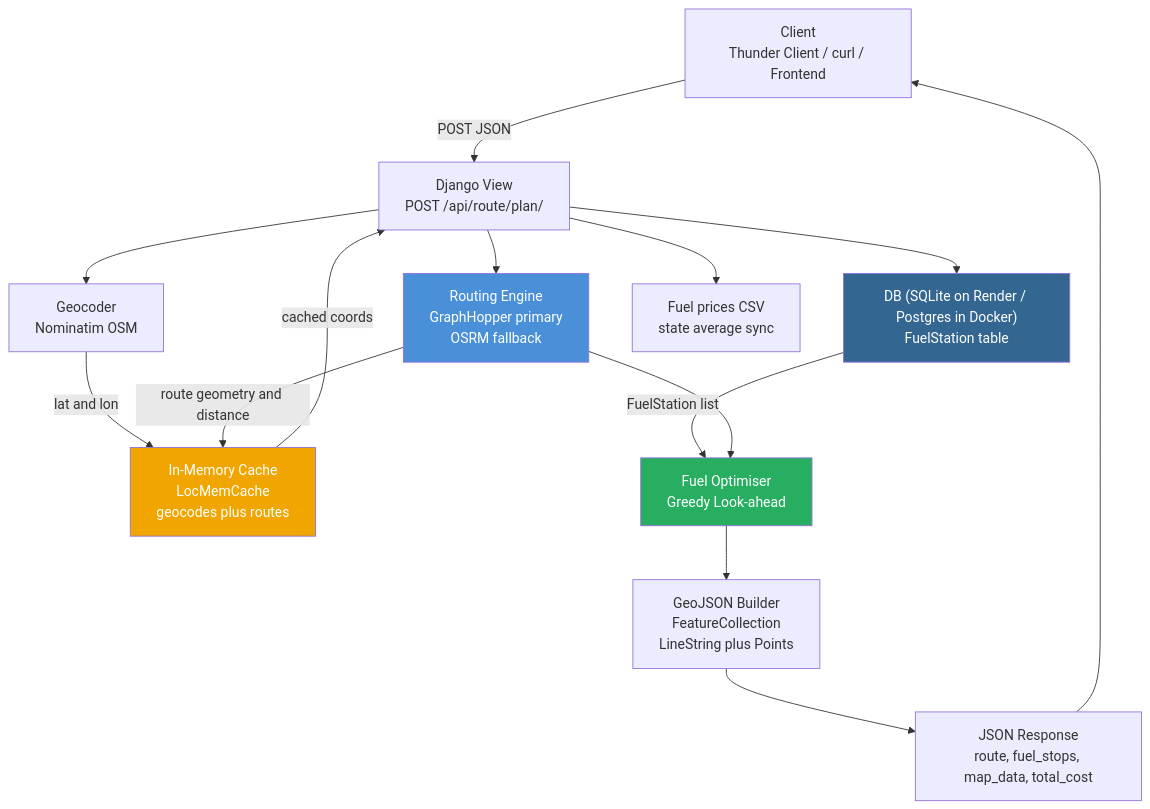
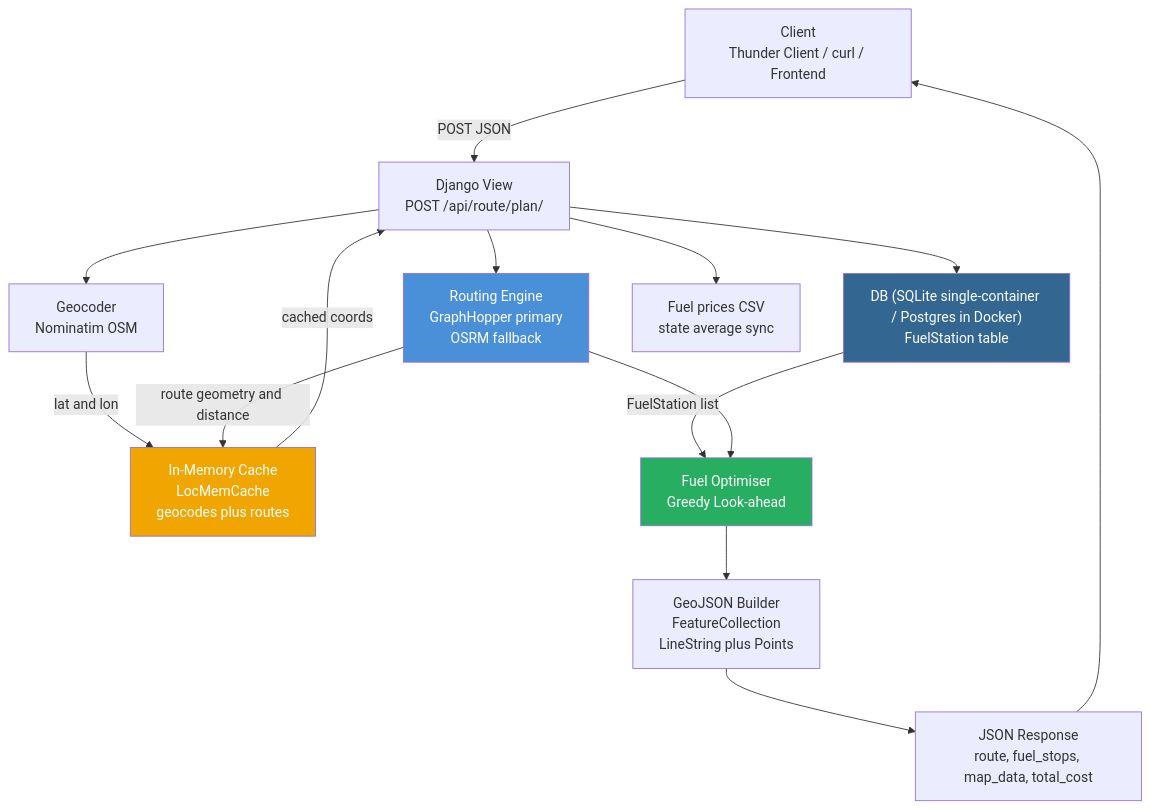
The first of 4 diagrams in README.md (Kira714/django-api), drawn with Mermaid before and after one commit. The commit also changed other lines of this file, not shown here.

````diff
--- a/README.md
+++ b/README.md
@@ -41,32 +44,32 @@
 ```mermaid
 graph TD
     Client["Client\nThunder Client / curl / Frontend"]
     View["Django View\nPOST /api/route/plan/"]
     Geocoder["Geocoder\nNominatim OSM"]
     Router["Routing Engine\nGraphHopper primary\nOSRM fallback"]
-    DB["DB (SQLite on Render / Postgres in Docker)\nFuelStation table"]
+    DB["DB (SQLite single-container / Postgres in Docker)\nFuelStation table"]
     CSV["Fuel prices CSV\nstate average sync"]
     Cache["In-Memory Cache\nLocMemCache\ngeocodes plus routes"]
     Optimizer["Fuel Optimiser\nGreedy Look-ahead"]
     GeoJSON["GeoJSON Builder\nFeatureCollection\nLineString plus Points"]
     Response["JSON Response\nroute, fuel_stops, map_data, total_cost"]
 
     Client -->|POST JSON| View
     View --> Geocoder
     Geocoder -->|lat and lon| Cache
     Cache -->|cached coords| View
     View --> Router
     Router -->|route geometry and distance| Cache
     View --> DB
     View --> CSV
     DB -->|FuelStation list| Optimizer
     Router --> Optimizer
     Optimizer --> GeoJSON
     GeoJSON --> Response
     Response --> Client
 
     style Router fill:#4A90D9,color:#fff
     style DB fill:#336791,color:#fff
     style Cache fill:#f0a500,color:#fff
     style Optimizer fill:#27ae60,color:#fff
 ```
````
